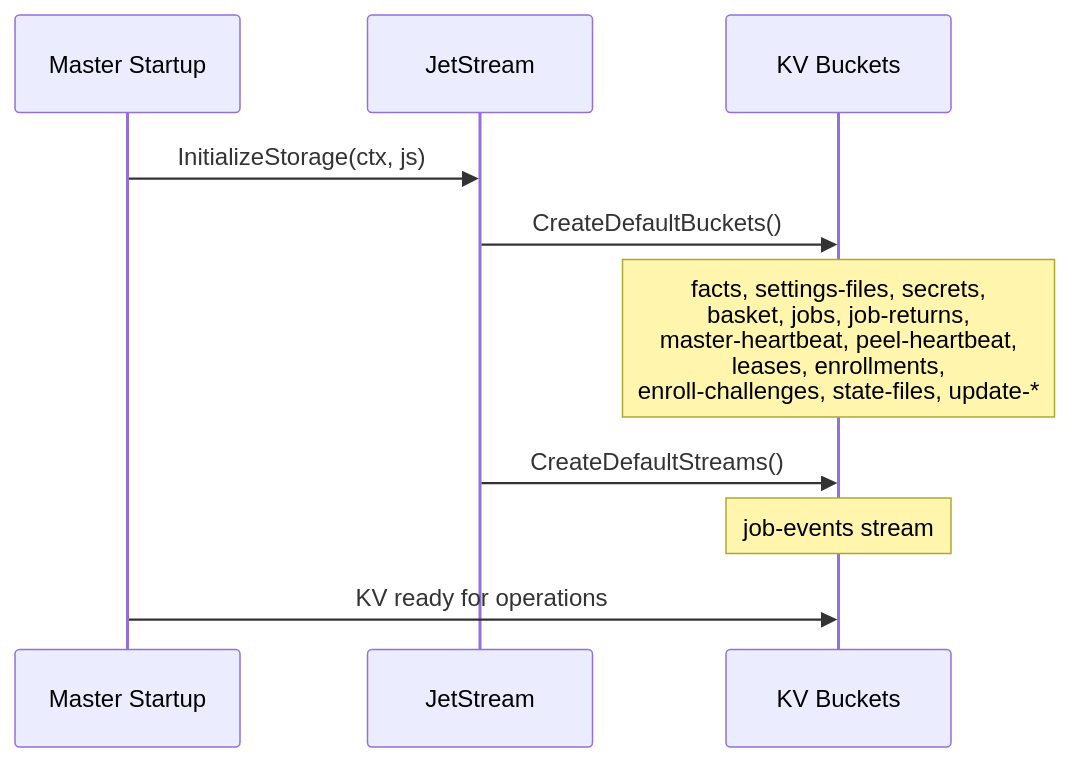
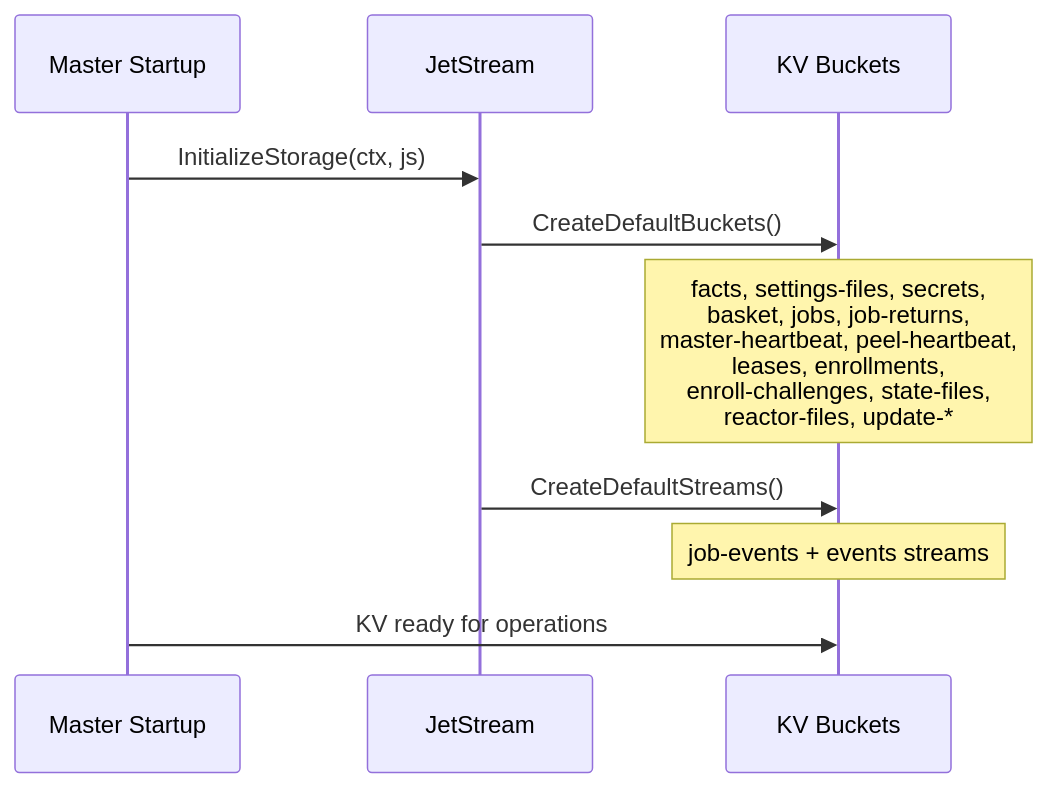
The second of 11 diagrams in website/content/docs/architecture/nats.mdx (nirnx/zester), drawn with Mermaid before and after one commit. The commit also changed other lines of this file and 105 other files, not shown here.

````diff
--- a/website/content/docs/architecture/nats.mdx
+++ b/website/content/docs/architecture/nats.mdx
@@ -227,15 +238,15 @@
 ```mermaid
 sequenceDiagram
     participant Master as Master Startup
     participant JS as JetStream
     participant KV as KV Buckets
 
     Master->>JS: InitializeStorage(ctx, js)
     JS->>KV: CreateDefaultBuckets()
-    Note over KV: facts, settings-files, secrets,<br/>basket, jobs, job-returns,<br/>master-heartbeat, peel-heartbeat,<br/>leases, enrollments,<br/>enroll-challenges, state-files, update-*
+    Note over KV: facts, settings-files, secrets,<br/>basket, jobs, job-returns,<br/>master-heartbeat, peel-heartbeat,<br/>leases, enrollments,<br/>enroll-challenges, state-files,<br/>reactor-files, update-*
 
     JS->>KV: CreateDefaultStreams()
-    Note over KV: job-events stream
+    Note over KV: job-events + events streams
 
     Master->>KV: KV ready for operations
 ```
````
